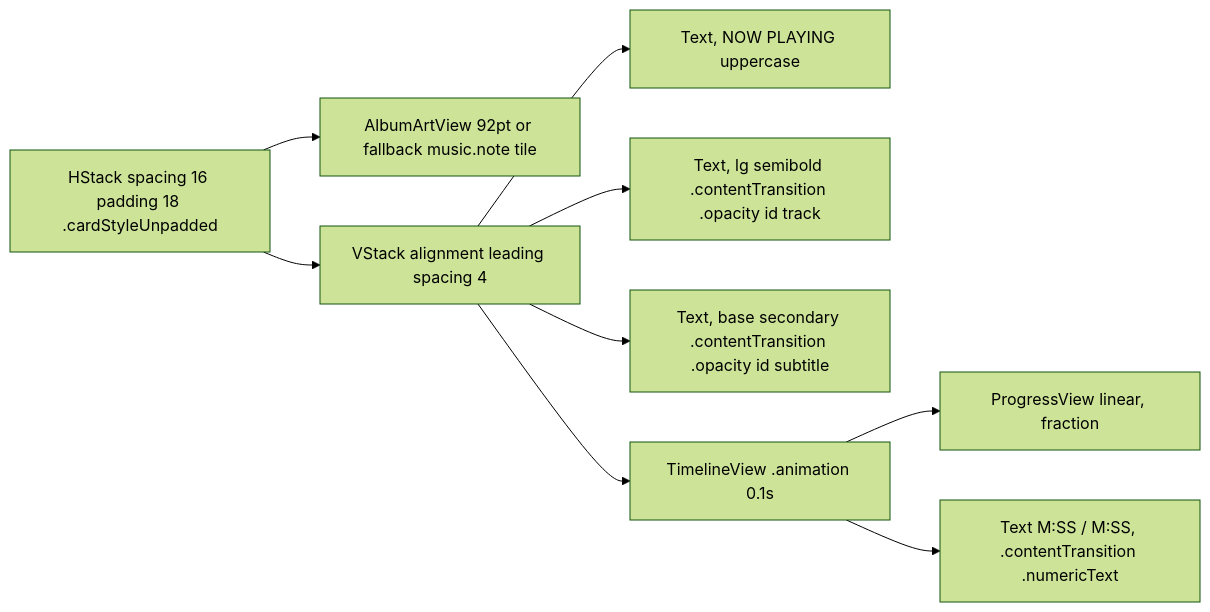
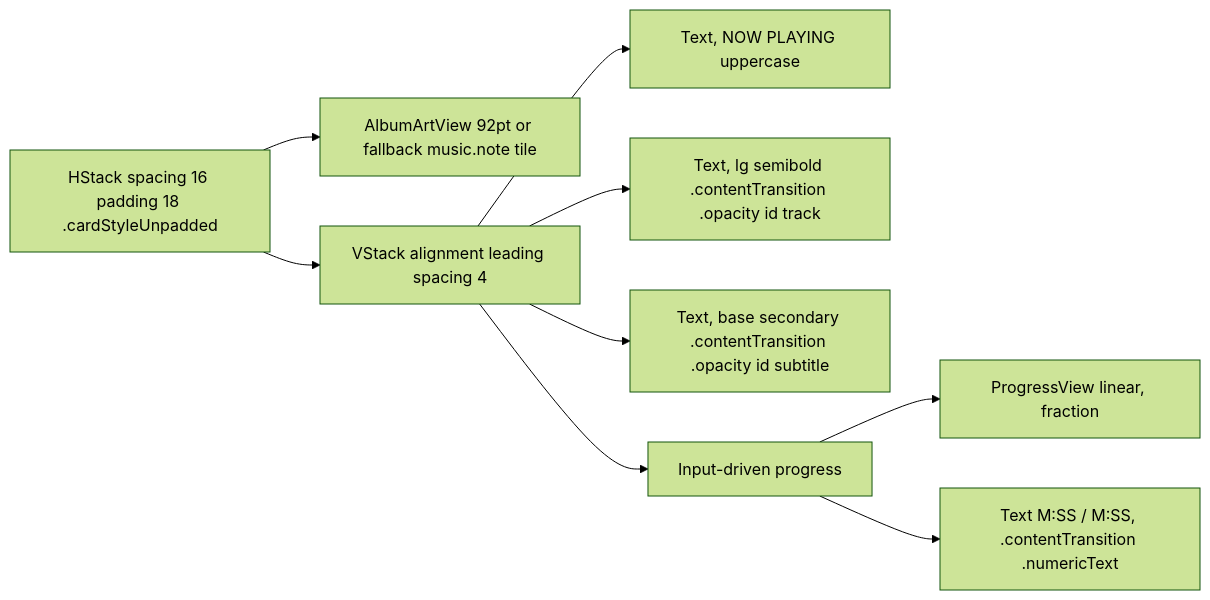
One commit to MrDemonWolf/wolfwave changed the diagram in design-system/components/now-playing-hero-card.md. Above: the diagram before and after it, drawn with Mermaid (forest theme). The commit also changed other lines of this file and 9 other files, not shown here.

````diff
--- a/design-system/components/now-playing-hero-card.md
+++ b/design-system/components/now-playing-hero-card.md
@@ -50,11 +50,11 @@
 ```mermaid
 graph LR
   Card[HStack spacing 16 padding 18 .cardStyleUnpadded] --> Art[AlbumArtView 92pt or fallback music.note tile]
   Card --> Text[VStack alignment leading spacing 4]
   Text --> Eyebrow[Text, NOW PLAYING uppercase]
   Text --> Title[Text, lg semibold .contentTransition .opacity id track]
   Text --> Subtitle[Text, base secondary .contentTransition .opacity id subtitle]
-  Text --> Progress[TimelineView .animation 0.1s]
+  Text --> Progress[Input-driven progress]
   Progress --> Bar[ProgressView linear, fraction]
   Progress --> Stamp[Text M:SS / M:SS, .contentTransition .numericText]
 ```
````
